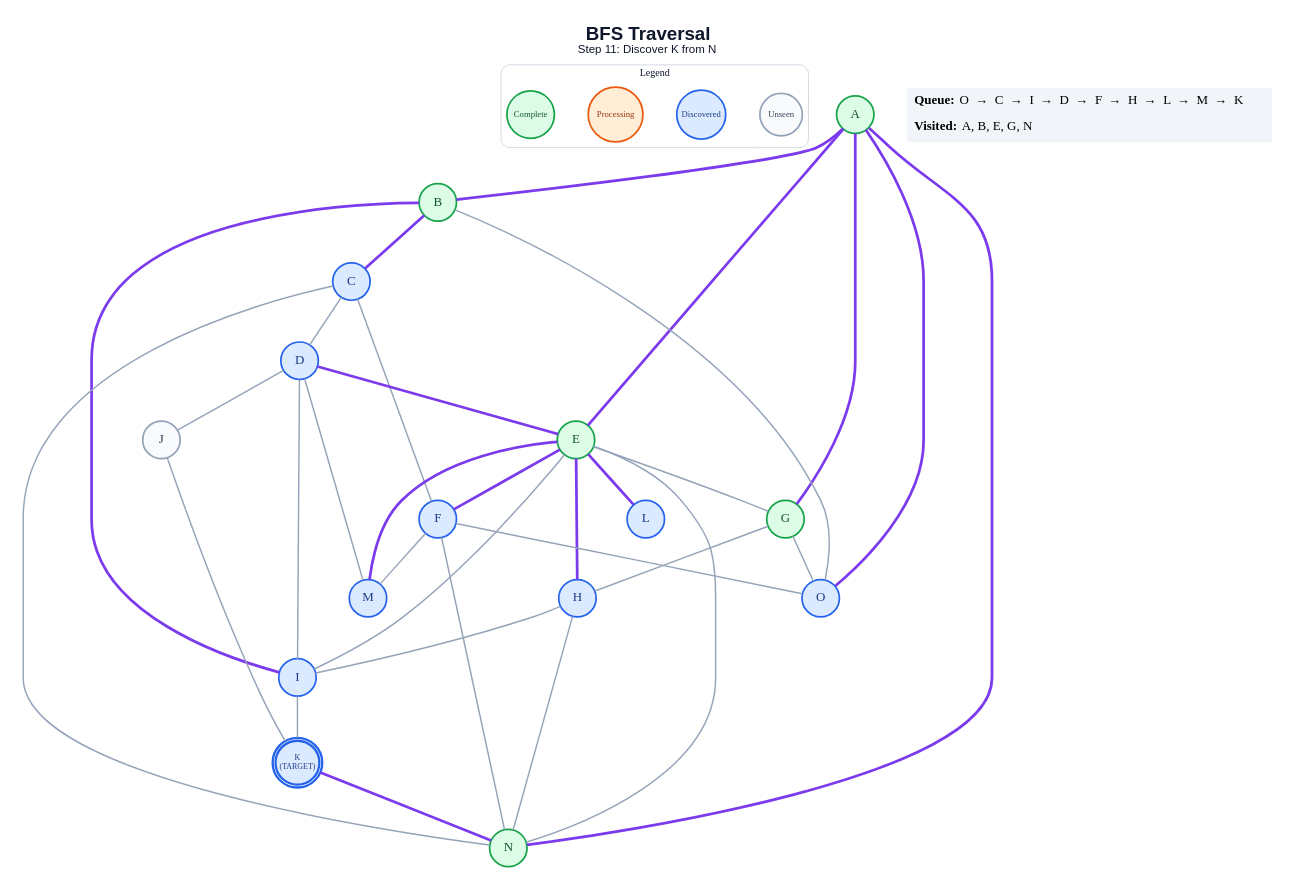
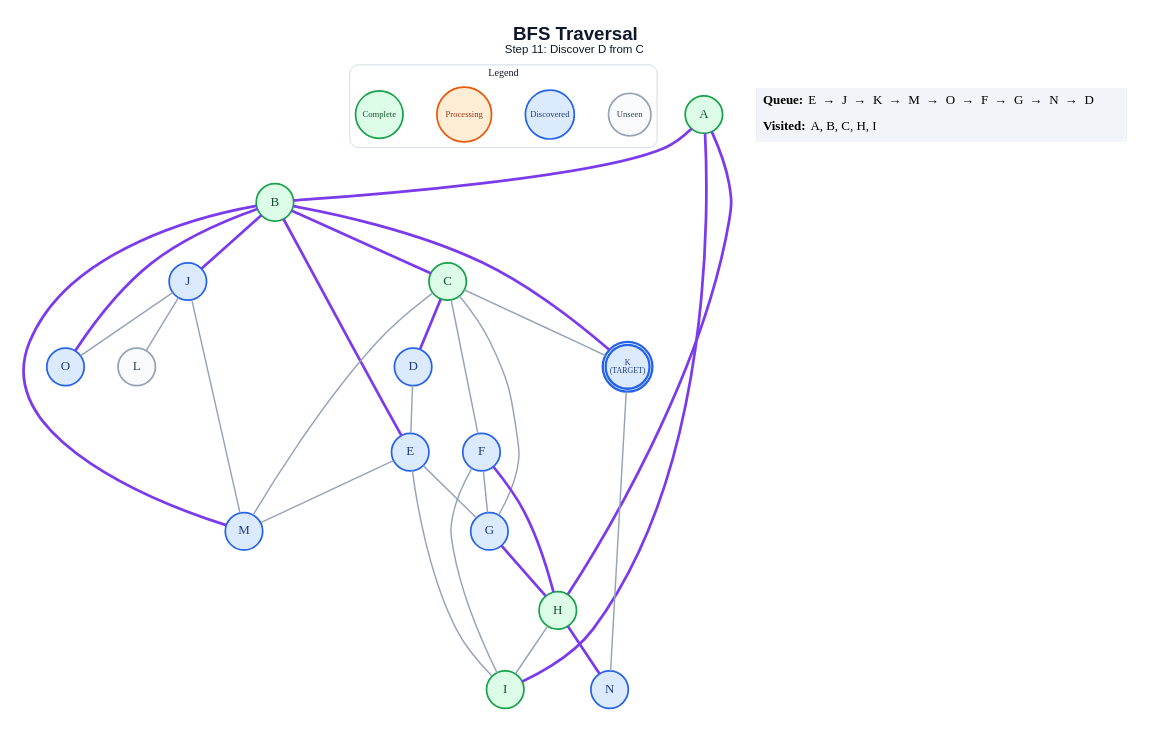
Before and after one commit to anon7238593-create/ai-slop: the diagram in generated/bfs/step_11.dot, drawn with Graphviz. The commit also changed 273 other files, not shown here.

```diff
--- a/generated/bfs/step_11.dot
+++ b/generated/bfs/step_11.dot
@@ -1,66 +1,62 @@
 graph traversal {
   graph [layout=dot, rankdir=TB, bgcolor="#FFFFFF", pad="0.35", nodesep="0.65", ranksep="0.8", fontname="Arial"];
   node [shape=circle, style="filled", fontname="Arial Bold", fontsize=18, width=0.72, fixedsize=true, penwidth=2.4];
   edge [color="#94A3B8", penwidth=2.0];
-  label=<<B>BFS Traversal</B><BR/><FONT POINT-SIZE="16">Step 11: Discover K from N</FONT>>; labelloc="t"; fontsize=26; fontname="Arial"; fontcolor="#0F172A";
+  label=<<B>BFS Traversal</B><BR/><FONT POINT-SIZE="16">Step 11: Discover D from C</FONT>>; labelloc="t"; fontsize=26; fontname="Arial"; fontcolor="#0F172A";
   subgraph cluster_legend { label="Legend"; color="#CBD5E1"; penwidth=1.2; style="rounded"; fontsize=14; fontname="Arial Bold";
     key_unseen [label="Unseen", fillcolor="#F8FAFC", color="#94A3B8", fontcolor="#334155", fontsize=12, width=0.82];
     key_frontier [label="Discovered", fillcolor="#DBEAFE", color="#2563EB", fontcolor="#1E3A8A", fontsize=12, width=0.95];
     key_current [label="Processing", fillcolor="#FFEDD5", color="#EA580C", fontcolor="#9A3412", fontsize=12, width=1.05];
     key_done [label="Complete", fillcolor="#DCFCE7", color="#16A34A", fontcolor="#14532D", fontsize=12, width=0.92];
     { rank=same; key_unseen; key_frontier; key_current; key_done; }
   }
   A [label="A", fillcolor="#DCFCE7", color="#16A34A", fontcolor="#14532D", peripheries=1, penwidth=2.4];
   B [label="B", fillcolor="#DCFCE7", color="#16A34A", fontcolor="#14532D", peripheries=1, penwidth=2.4];
-  C [label="C", fillcolor="#DBEAFE", color="#2563EB", fontcolor="#1E3A8A", peripheries=1, penwidth=2.4];
+  C [label="C", fillcolor="#DCFCE7", color="#16A34A", fontcolor="#14532D", peripheries=1, penwidth=2.4];
   D [label="D", fillcolor="#DBEAFE", color="#2563EB", fontcolor="#1E3A8A", peripheries=1, penwidth=2.4];
-  E [label="E", fillcolor="#DCFCE7", color="#16A34A", fontcolor="#14532D", peripheries=1, penwidth=2.4];
+  E [label="E", fillcolor="#DBEAFE", color="#2563EB", fontcolor="#1E3A8A", peripheries=1, penwidth=2.4];
   F [label="F", fillcolor="#DBEAFE", color="#2563EB", fontcolor="#1E3A8A", peripheries=1, penwidth=2.4];
-  G [label="G", fillcolor="#DCFCE7", color="#16A34A", fontcolor="#14532D", peripheries=1, penwidth=2.4];
-  H [label="H", fillcolor="#DBEAFE", color="#2563EB", fontcolor="#1E3A8A", peripheries=1, penwidth=2.4];
-  I [label="I", fillcolor="#DBEAFE", color="#2563EB", fontcolor="#1E3A8A", peripheries=1, penwidth=2.4];
-  J [label="J", fillcolor="#F8FAFC", color="#94A3B8", fontcolor="#334155", peripheries=1, penwidth=2.4];
+  G [label="G", fillcolor="#DBEAFE", color="#2563EB", fontcolor="#1E3A8A", peripheries=1, penwidth=2.4];
+  H [label="H", fillcolor="#DCFCE7", color="#16A34A", fontcolor="#14532D", peripheries=1, penwidth=2.4];
+  I [label="I", fillcolor="#DCFCE7", color="#16A34A", fontcolor="#14532D", peripheries=1, penwidth=2.4];
+  J [label="J", fillcolor="#DBEAFE", color="#2563EB", fontcolor="#1E3A8A", peripheries=1, penwidth=2.4];
   K [label="K\n(TARGET)", fillcolor="#DBEAFE", color="#2563EB", fontcolor="#1E3A8A", peripheries=2, penwidth=3.2, fontsize=11, width=0.85, height=0.85];
-  L [label="L", fillcolor="#DBEAFE", color="#2563EB", fontcolor="#1E3A8A", peripheries=1, penwidth=2.4];
+  L [label="L", fillcolor="#F8FAFC", color="#94A3B8", fontcolor="#334155", peripheries=1, penwidth=2.4];
   M [label="M", fillcolor="#DBEAFE", color="#2563EB", fontcolor="#1E3A8A", peripheries=1, penwidth=2.4];
-  N [label="N", fillcolor="#DCFCE7", color="#16A34A", fontcolor="#14532D", peripheries=1, penwidth=2.4];
+  N [label="N", fillcolor="#DBEAFE", color="#2563EB", fontcolor="#1E3A8A", peripheries=1, penwidth=2.4];
   O [label="O", fillcolor="#DBEAFE", color="#2563EB", fontcolor="#1E3A8A", peripheries=1, penwidth=2.4];
   A -- B [color="#7C3AED", penwidth=3.8];
-  A -- E [color="#7C3AED", penwidth=3.8];
-  A -- G [color="#7C3AED", penwidth=3.8];
-  A -- N [color="#7C3AED", penwidth=3.8];
-  A -- O [color="#7C3AED", penwidth=3.8];
+  A -- H [color="#7C3AED", penwidth=3.8];
+  A -- I [color="#7C3AED", penwidth=3.8];
   B -- C [color="#7C3AED", penwidth=3.8];
-  B -- I [color="#7C3AED", penwidth=3.8];
-  B -- O;
-  C -- D;
+  B -- E [color="#7C3AED", penwidth=3.8];
+  B -- J [color="#7C3AED", penwidth=3.8];
+  B -- K [color="#7C3AED", penwidth=3.8];
+  B -- M [color="#7C3AED", penwidth=3.8];
+  B -- O [color="#7C3AED", penwidth=3.8];
+  C -- D [color="#7C3AED", penwidth=3.8];
   C -- F;
-  C -- N;
-  D -- E [color="#7C3AED", penwidth=3.8];
-  D -- I;
-  D -- J;
-  D -- M;
-  E -- F [color="#7C3AED", penwidth=3.8];
+  C -- G;
+  C -- K;
+  C -- M;
+  D -- E;
   E -- G;
-  E -- H [color="#7C3AED", penwidth=3.8];
   E -- I;
-  E -- L [color="#7C3AED", penwidth=3.8];
-  E -- M [color="#7C3AED", penwidth=3.8];
-  E -- N;
-  F -- M;
-  F -- N;
-  F -- O;
-  G -- H;
-  G -- O;
+  E -- M;
+  F -- G;
+  F -- H [color="#7C3AED", penwidth=3.8];
+  F -- I;
+  G -- H [color="#7C3AED", penwidth=3.8];
   H -- I;
-  H -- N;
-  I -- K;
-  J -- K;
-  K -- N [color="#7C3AED", penwidth=3.8];
+  H -- N [color="#7C3AED", penwidth=3.8];
+  J -- L;
+  J -- M;
+  J -- O;
+  K -- N;
   status [shape=plain, fixedsize=false, width=0, height=0, margin=0, label=<
     <TABLE BORDER="0" CELLBORDER="0" CELLPADDING="7" BGCOLOR="#F1F5F9">
-      <TR><TD ALIGN="LEFT"><B>Queue:</B> O  →  C  →  I  →  D  →  F  →  H  →  L  →  M  →  K</TD></TR>
-      <TR><TD ALIGN="LEFT"><B>Visited:</B> A, B, E, G, N</TD></TR>
+      <TR><TD ALIGN="LEFT"><B>Queue:</B> E  →  J  →  K  →  M  →  O  →  F  →  G  →  N  →  D</TD></TR>
+      <TR><TD ALIGN="LEFT"><B>Visited:</B> A, B, C, H, I</TD></TR>
     </TABLE>
   >];
 }
```
